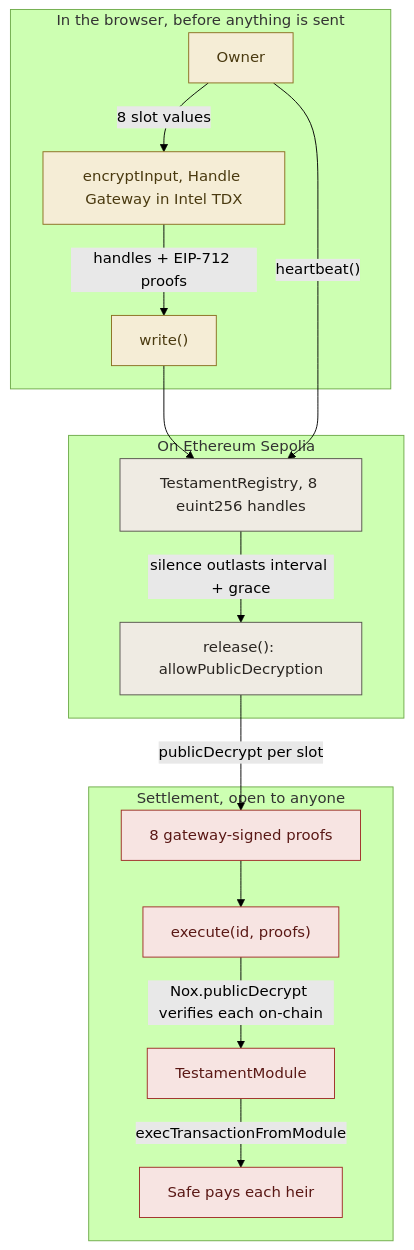
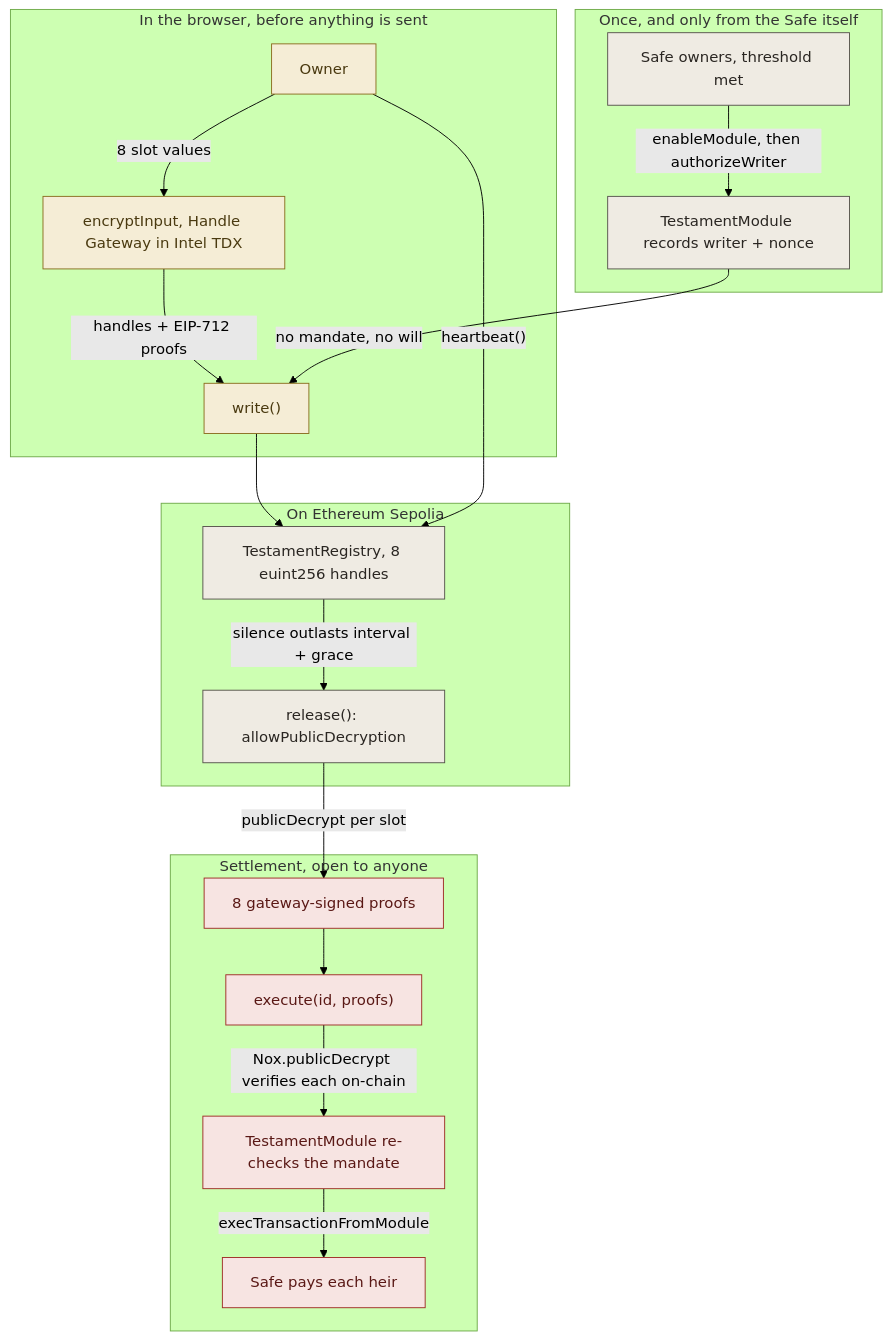
The diagram in README.md (Andy00L/testament-nox), drawn with Mermaid (forest theme) before and after one commit. The commit also changed other lines of this file, not shown here.

````diff
--- a/README.md
+++ b/README.md
@@ -77,24 +83,28 @@
 ```mermaid
 flowchart TD
+    subgraph consent["Once, and only from the Safe itself"]
+        safeOwners["Safe owners, threshold met"] -->|"enableModule, then authorizeWriter"| mandate["TestamentModule records writer + nonce"]
+    end
     subgraph browser["In the browser, before anything is sent"]
         owner["Owner"] -->|"8 slot values"| encrypt["encryptInput, Handle Gateway in Intel TDX"]
         encrypt -->|"handles + EIP-712 proofs"| writeTx["write()"]
     end
     subgraph chain["On Ethereum Sepolia"]
+        mandate -->|"no mandate, no will"| writeTx
         writeTx --> registry["TestamentRegistry, 8 euint256 handles"]
         owner -->|"heartbeat()"| registry
         registry -->|"silence outlasts interval + grace"| released["release(): allowPublicDecryption"]
     end
     subgraph settle["Settlement, open to anyone"]
         released -->|"publicDecrypt per slot"| proofs["8 gateway-signed proofs"]
         proofs --> executeTx["execute(id, proofs)"]
-        executeTx -->|"Nox.publicDecrypt verifies each on-chain"| module["TestamentModule"]
+        executeTx -->|"Nox.publicDecrypt verifies each on-chain"| module["TestamentModule re-checks the mandate"]
         module -->|"execTransactionFromModule"| safe["Safe pays each heir"]
     end
     classDef browserSide fill:#F5EDD6,stroke:#8A6D1F,color:#4A3A10
     classDef chainSide fill:#EFEBE3,stroke:#56524C,color:#2A2622
     classDef settleSide fill:#F7E4E2,stroke:#9E2B25,color:#5A1815
     class owner,encrypt,writeTx browserSide
-    class registry,released chainSide
+    class safeOwners,mandate,registry,released chainSide
     class proofs,executeTx,module,safe settleSide
 ```
````
